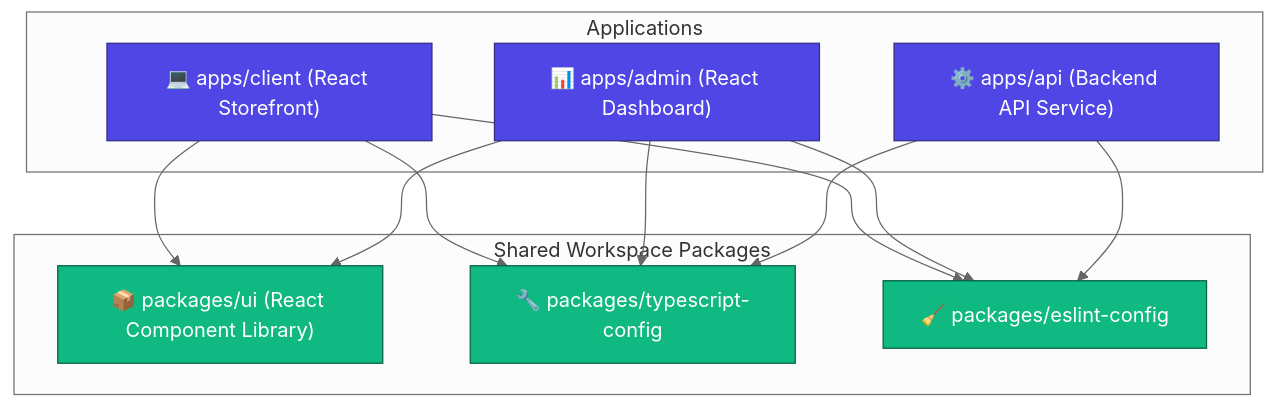
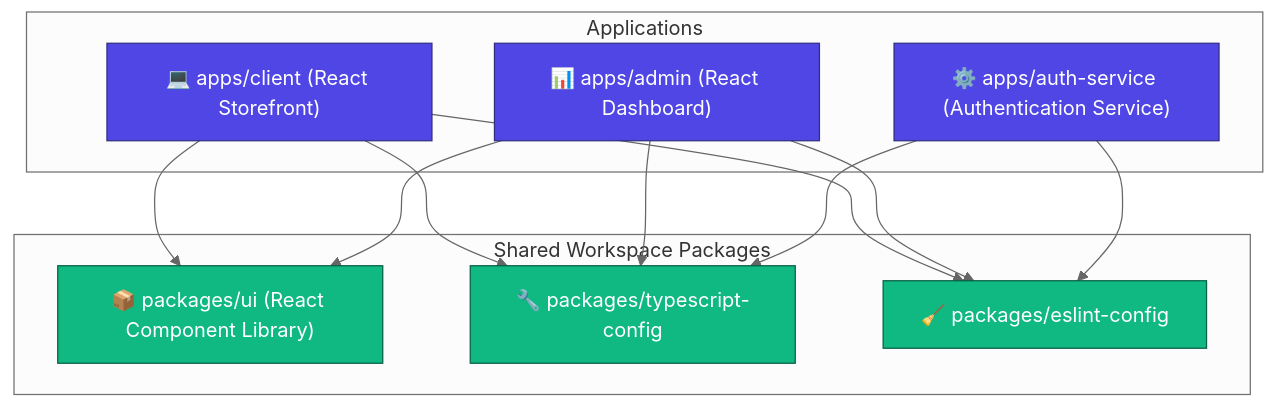
Before and after one commit to venkateshg12/e-commerce-fullstack: the diagram in README.md, drawn with Mermaid (neutral theme). The commit also changed other lines of this file and 29 other files, not shown here.

````diff
--- a/README.md
+++ b/README.md
@@ -11,33 +11,33 @@
 ```mermaid
 graph TD
     %% Applications
     subgraph Apps [Applications]
         Client["💻 apps/client (React Storefront)"]
         Admin["📊 apps/admin (React Dashboard)"]
-        API["⚙️ apps/api (Backend API Service)"]
+        AuthService["⚙️ apps/auth-service (Authentication Service)"]
     end
 
     %% Packages
     subgraph Packages [Shared Workspace Packages]
         UI["📦 packages/ui (React Component Library)"]
         TSConfig["🔧 packages/typescript-config"]
         ESLintConfig["🧹 packages/eslint-config"]
     end
 
     %% Dependencies
     Client --> UI
     Client --> TSConfig
     Client --> ESLintConfig
 
     Admin --> UI
     Admin --> TSConfig
     Admin --> ESLintConfig
 
-    API --> TSConfig
-    API --> ESLintConfig
+    AuthService --> TSConfig
+    AuthService --> ESLintConfig
 
     classDef apps fill:#4F46E5,stroke:#312E81,color:#FFF;
     classDef pkgs fill:#10B981,stroke:#065F46,color:#FFF;
-    class Client,Admin,API apps;
+    class Client,Admin,AuthService apps;
     class UI,TSConfig,ESLintConfig pkgs;
 ```
````
